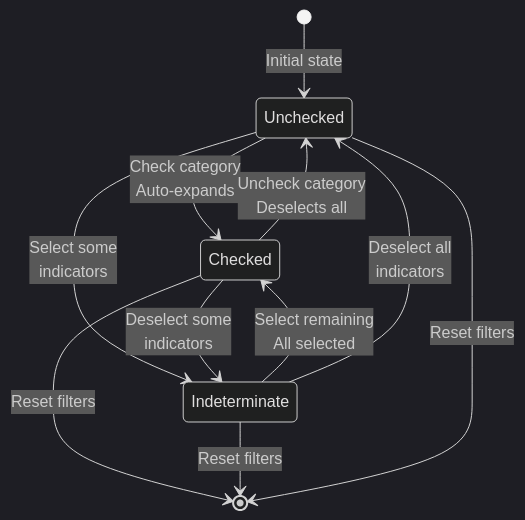
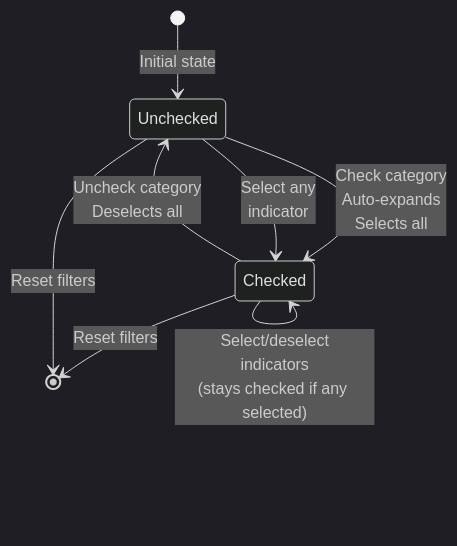
One commit to Public-Environmental-Data-Partners/j40-cejst-2 changed the first of 5 diagrams in client/src/components/LayerFilter/STATE_DIAGRAM.md. Above: the diagram before and after it, drawn with Mermaid (dark theme). The commit also changed other lines of this file and 4 other files, not shown here.

````diff
--- a/client/src/components/LayerFilter/STATE_DIAGRAM.md
+++ b/client/src/components/LayerFilter/STATE_DIAGRAM.md
@@ -5,17 +5,13 @@
 ```mermaid
 stateDiagram-v2
     [*] --> Unchecked: Initial state
     
-    Unchecked --> Checked: Check category<br/>Auto-expands
-    Unchecked --> Indeterminate: Select some<br/>indicators
+    Unchecked --> Checked: Check category<br/>Auto-expands<br/>Selects all
+    Unchecked --> Checked: Select any<br/>indicator
     
     Checked --> Unchecked: Uncheck category<br/>Deselects all
-    Checked --> Indeterminate: Deselect some<br/>indicators
-    
-    Indeterminate --> Checked: Select remaining<br/>All selected
-    Indeterminate --> Unchecked: Deselect all<br/>indicators
+    Checked --> Checked: Select/deselect<br/>indicators<br/>(stays checked if any selected)
     
     Checked --> [*]: Reset filters
-    Indeterminate --> [*]: Reset filters
     Unchecked --> [*]: Reset filters
 ```
````
